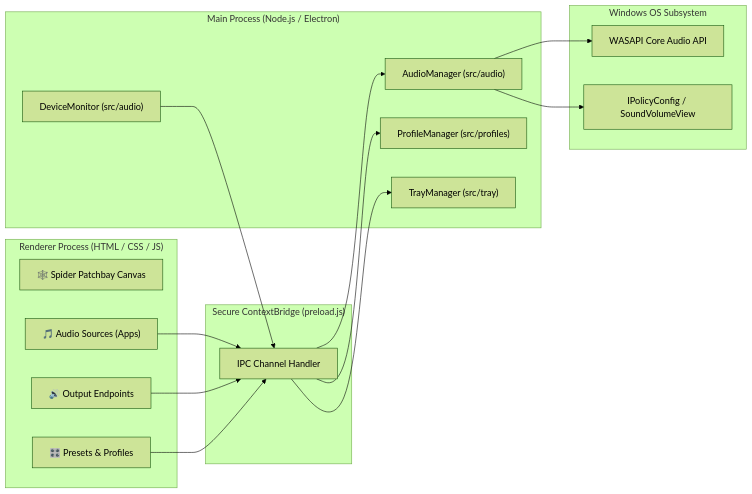
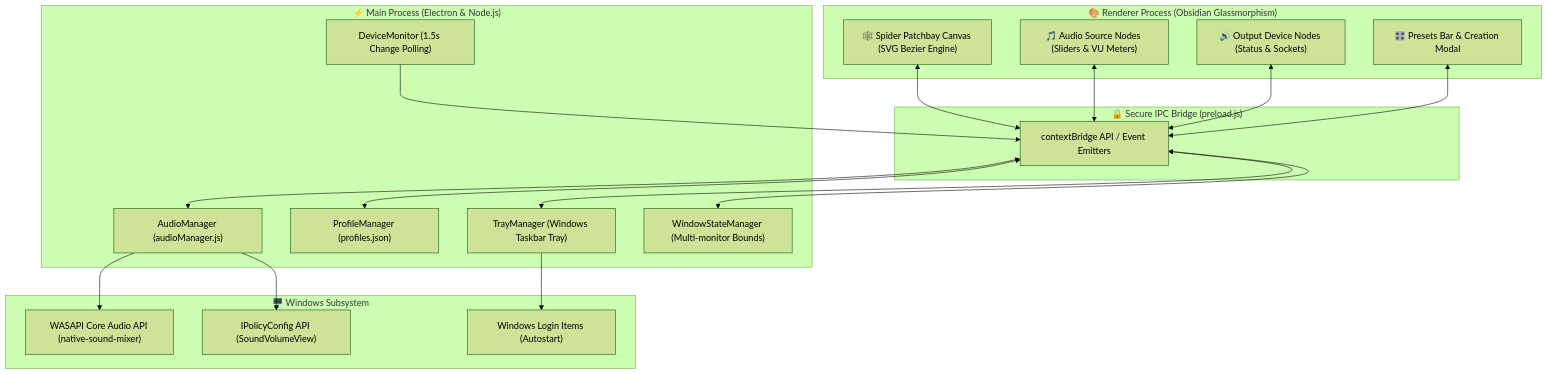
Before and after one commit to RajX-dev/Noir: the diagram in README.md, drawn with Mermaid (forest theme). The commit also changed other lines of this file, not shown here.

Commit message:
docs: enrich README.md with badges, visual ASCII preview, profile matrix, and architecture diagrams

````diff
--- a/README.md
+++ b/README.md
@@ -22,35 +75,43 @@
 ```mermaid
-graph LR
-    subgraph UI ["Renderer Process (HTML / CSS / JS)"]
-        Spider["🕸️ Spider Patchbay Canvas"]
-        Apps["🎵 Audio Sources (Apps)"]
-        Devices["🔊 Output Endpoints"]
-        Profiles["🎛️ Presets & Profiles"]
+graph TD
+    subgraph Frontend ["🎨 Renderer Process (Obsidian Glassmorphism)"]
+        UI_Spider["🕸️ Spider Patchbay Canvas (SVG Bezier Engine)"]
+        UI_Apps["🎵 Audio Source Nodes (Sliders & VU Meters)"]
+        UI_Devs["🔊 Output Device Nodes (Status & Sockets)"]
+        UI_Profiles["🎛️ Presets Bar & Creation Modal"]
     end
 
-    subgraph IPC ["Secure ContextBridge (preload.js)"]
-        Bridge["IPC Channel Handler"]
+    subgraph IPC_Bridge ["🔒 Secure IPC Bridge (preload.js)"]
+        Bridge["contextBridge API / Event Emitters"]
     end
 
-    subgraph Backend ["Main Process (Node.js / Electron)"]
-        Manager["AudioManager (src/audio)"]
-        ProfileMgr["ProfileManager (src/profiles)"]
-        TrayMgr["TrayManager (src/tray)"]
-        Monitor["DeviceMonitor (src/audio)"]
+    subgraph Backend ["⚡ Main Process (Electron & Node.js)"]
+        AudioMgr["AudioManager (audioManager.js)"]
+        ProfileMgr["ProfileManager (profiles.json)"]
+        TrayMgr["TrayManager (Windows Taskbar Tray)"]
+        WindowMgr["WindowStateManager (Multi-monitor Bounds)"]
+        DevMonitor["DeviceMonitor (1.5s Change Polling)"]
     end
 
-    subgraph Windows ["Windows OS Subsystem"]
-        WASAPI["WASAPI Core Audio API"]
-        PolicyConfig["IPolicyConfig / SoundVolumeView"]
+    subgraph OS ["🖥️ Windows Subsystem"]
+        WASAPI["WASAPI Core Audio API (native-sound-mixer)"]
+        PolicyConfig["IPolicyConfig API (SoundVolumeView)"]
+        Registry["Windows Login Items (Autostart)"]
     end
 
-    Apps --> Bridge
-    Devices --> Bridge
-    Profiles --> Bridge
-    Bridge --> Manager
-    Bridge --> ProfileMgr
-    Bridge --> TrayMgr
-    Manager --> WASAPI
-    Manager --> PolicyConfig
-    Monitor --> Bridge
+    UI_Spider <--> Bridge
+    UI_Apps <--> Bridge
+    UI_Devs <--> Bridge
+    UI_Profiles <--> Bridge
+
+    Bridge <--> AudioMgr
+    Bridge <--> ProfileMgr
+    Bridge <--> TrayMgr
+    Bridge <--> WindowMgr
+
+    DevMonitor --> Bridge
+
+    AudioMgr --> WASAPI
+    AudioMgr --> PolicyConfig
+    TrayMgr --> Registry
 ```
````
